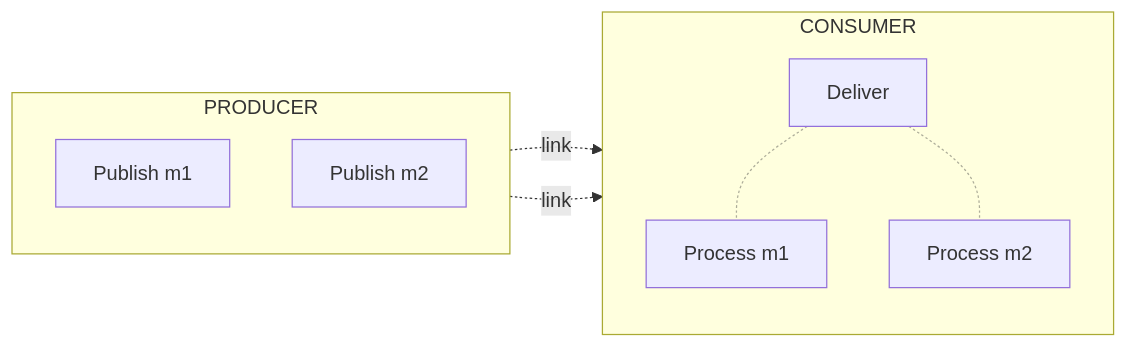
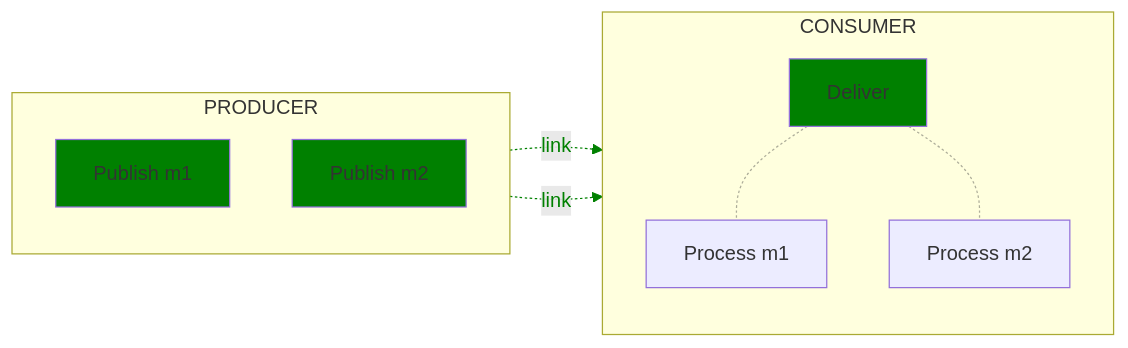
One commit to open-telemetry/oteps changed the tenth of 13 diagrams in text/trace/0220-messaging-semantic-conventions-span-structure.md. Above: the diagram before and after it, drawn with Mermaid. The commit also changed other lines of this file, not shown here.

Commit message:
Fix mermaid colors

````diff
--- a/text/trace/0220-messaging-semantic-conventions-span-structure.md
+++ b/text/trace/0220-messaging-semantic-conventions-span-structure.md
@@ -450,19 +480,22 @@
 ```mermaid
 flowchart LR;
   subgraph PRODUCER
   direction TB
   PM1[Publish m1]
   PM2[Publish m2]
   end
   subgraph CONSUMER
   direction TB
   D[Deliver]-.-PRM1[Process m1]
   D-.-PRM2[Process m2]
   end
   PM1-. link .->D;
   PM2-. link .->D;
 
+  classDef normal fill:green
+  class PM1,PM2,D normal
   classDef additional opacity:0.4
   class additional PRM1,PRM2
   linkStyle 0,1 opacity:0.4
+  linkStyle 2,3 color:green,stroke:green
 ```
````
